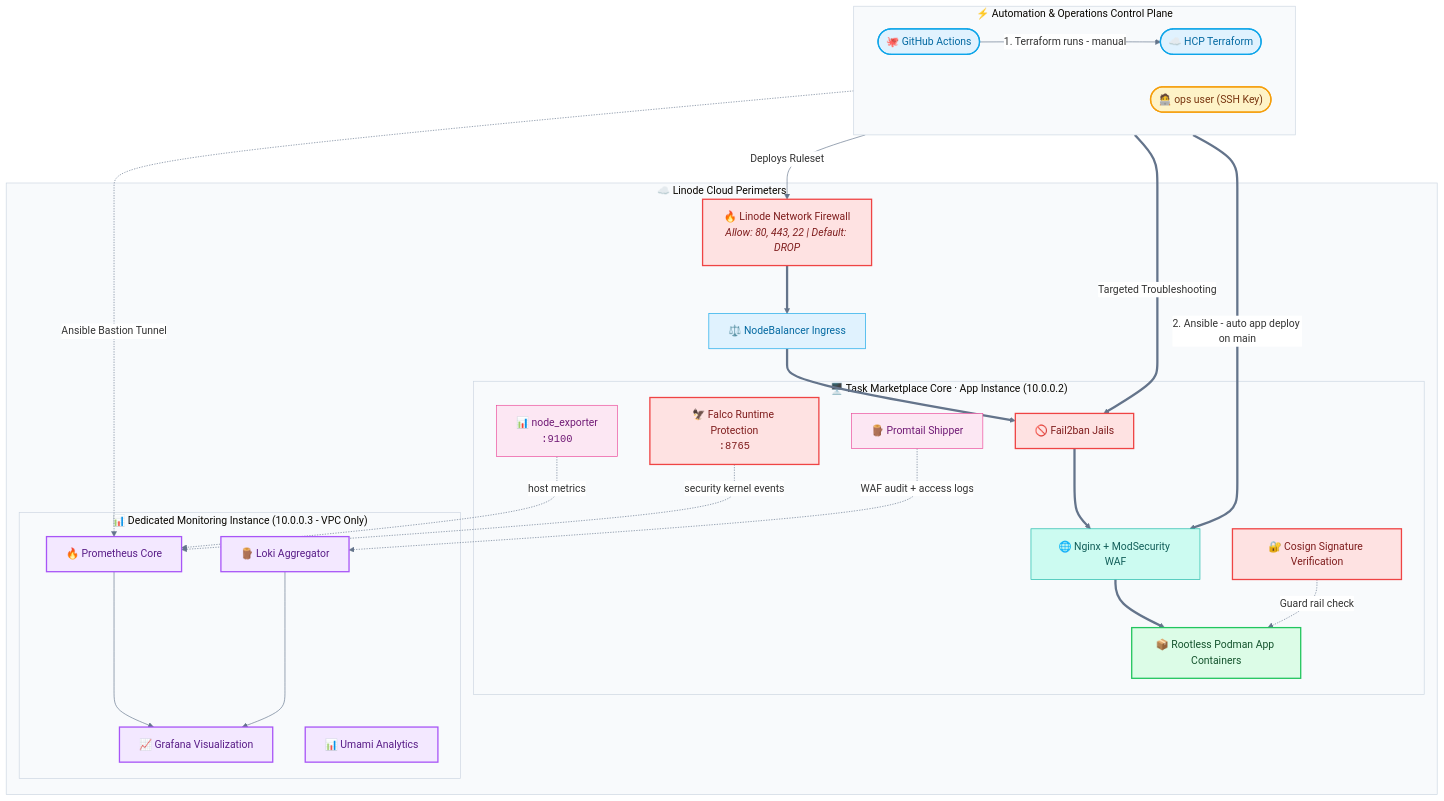
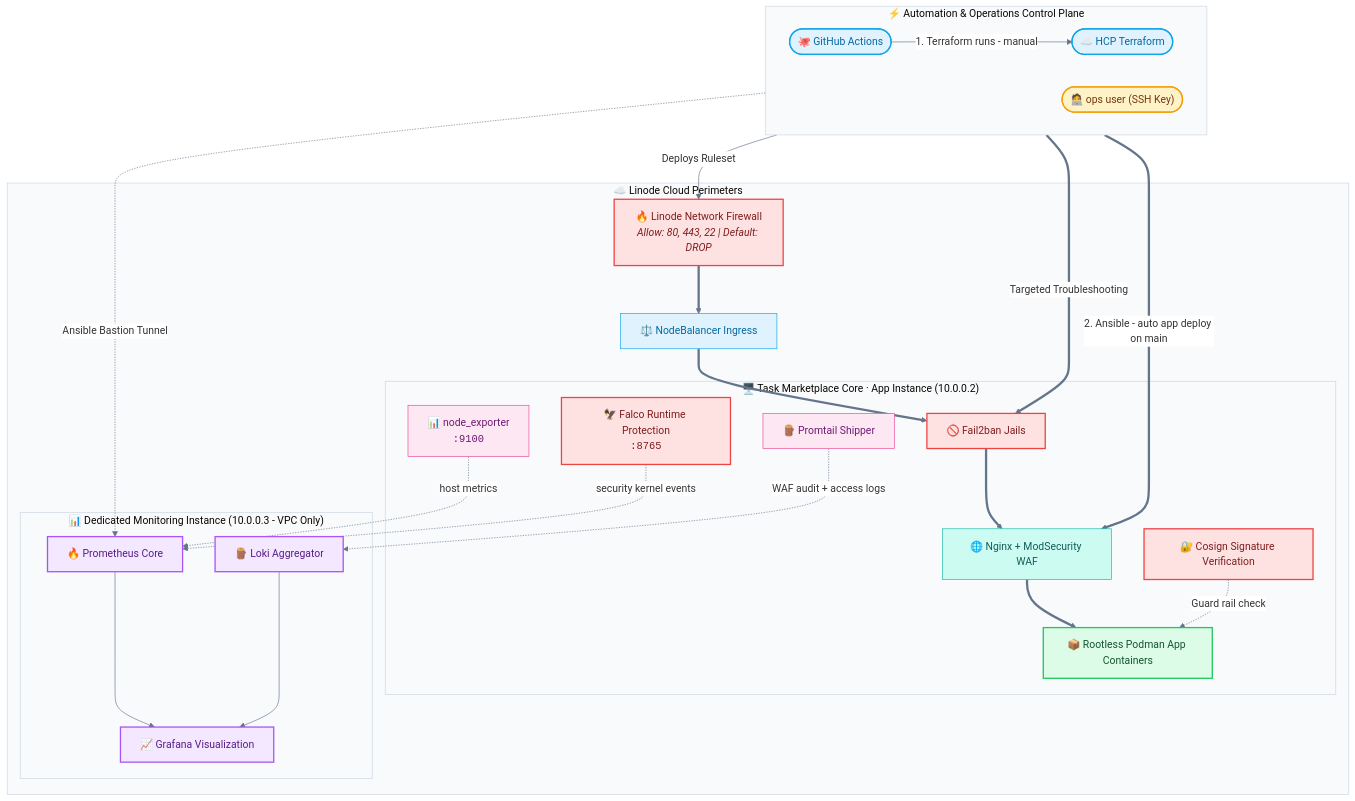
Before and after one commit to kennethatria/myGuy: the second of 2 diagrams in README.md, drawn with Mermaid. The commit also changed other lines of this file and 20 other files, not shown here.

Commit message:
chore(monitoring): remove umami to free memory

````diff
--- a/README.md
+++ b/README.md
@@ -83,67 +81,66 @@
 ```mermaid
 %%{init: {'theme': 'base', 'themeVariables': {'clusterBkg': '#f8fafc', 'clusterBorder': '#cbd5e1', 'edgeLabelBackground': '#ffffff', 'lineColor': '#64748b'}}}%%
 
 graph TB
     %% Custom Infrastructure & Security Styling
     classDef automation fill:#e0f2fe,stroke:#0ea5e9,color:#0369a1,stroke-width:2px;
     classDef admin      fill:#fef3c7,stroke:#f59e0b,color:#78350f,stroke-width:2px;
     classDef security   fill:#fee2e2,stroke:#ef4444,color:#7f1d1d,stroke-width:2px;
     classDef lb         fill:#e0f2fe,stroke:#0ea5e9,color:#0369a1,stroke-width:1px;
     classDef gateway    fill:#ccfbf1,stroke:#14b8a6,color:#115e59,stroke-width:1px;
     classDef runtime    fill:#dcfce7,stroke:#22c55e,color:#14532d,stroke-width:2px;
     classDef telemetry  fill:#fce7f3,stroke:#ec4899,color:#701a75,stroke-width:1px;
     classDef monitoring fill:#f3e8ff,stroke:#a855f7,color:#581c87,stroke-width:2px;
 
     %% Management Entities
     subgraph Controls ["⚡ Automation & Operations Control Plane"]
         direction LR
         GHA(["🐙 GitHub Actions"]):::automation
         HCP(["☁️ HCP Terraform"]):::automation
         OPS(["🧑‍💻 ops user (SSH Key)"]):::admin
     end
 
     %% Main Network Boundary
     subgraph Linode["☁️ Linode Cloud Perimeters"]
         FW["🔥 Linode Network Firewall<br/><i>Allow: 80, 443, 22 | Default: DROP</i>"]:::security
         NB["⚖️ NodeBalancer Ingress"]:::lb
 
         subgraph App["🖥️ Task Marketplace Core · App Instance (10.0.0.2)"]
             F2B["🚫 Fail2ban Jails"]:::security
             WAF["🌐 Nginx + ModSecurity WAF"]:::gateway
             COSIGN["🔐 Cosign Signature Verification"]:::security
             PODS["📦 Rootless Podman App Containers"]:::runtime
             FALCO["🦅 Falco Runtime Protection<br/><code>:8765</code>"]:::security
             NE["📊 node_exporter<br/><code>:9100</code>"]:::telemetry
             PROMTAIL["🪵 Promtail Shipper"]:::telemetry
         end
 
         subgraph Mon["📊 Dedicated Monitoring Instance (10.0.0.3 - VPC Only)"]
             PROM["🔥 Prometheus Core"]:::monitoring
             LOKI["🪵 Loki Aggregator"]:::monitoring
             GRAFANA["📈 Grafana Visualization"]:::monitoring
-            UMAMI["📊 Umami Analytics"]:::monitoring
         end
     end
 
     %% Deployment & Provisioning Flow
     GHA -->|1. Terraform runs - manual| HCP
     HCP -->|Deploys Ruleset| FW
     GHA ==>|2. Ansible - auto app deploy on main| WAF
     GHA -.->|Ansible Bastion Tunnel| PROM
     OPS ==>|Targeted Troubleshooting| F2B
 
     %% Ingress Network Routing
     FW ==> NB
     NB ==> F2B
     F2B ==> WAF
     WAF ==> PODS
     COSIGN -.->|Guard rail check| PODS
 
     %% Telemetry, Metrics, and Audit Logs Pipelines
     NE -.->|host metrics| PROM
     FALCO -.->|security kernel events| PROM
     PROMTAIL -.->|WAF audit + access logs| LOKI
     
     PROM ---> GRAFANA
     LOKI ---> GRAFANA
 ```
````
